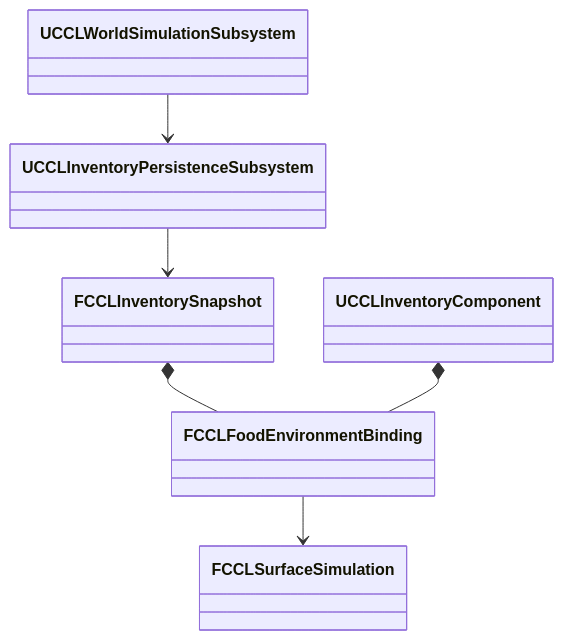
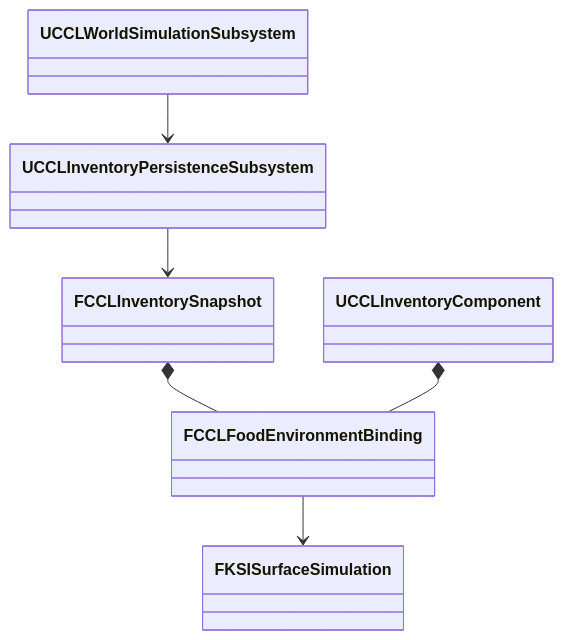
Before and after one commit to kang-sihwon/ccl8: diagram 11 of 13 in Docs/EnvironmentEcology.md, drawn with Mermaid. The commit also changed other lines of this file and 6 other files, not shown here.

````diff
--- a/Docs/EnvironmentEcology.md
+++ b/Docs/EnvironmentEcology.md
@@ -725,8 +723,8 @@
 ```mermaid
 classDiagram
     UCCLWorldSimulationSubsystem --> UCCLInventoryPersistenceSubsystem
     UCCLInventoryPersistenceSubsystem --> FCCLInventorySnapshot
     FCCLInventorySnapshot *-- FCCLFoodEnvironmentBinding
     UCCLInventoryComponent *-- FCCLFoodEnvironmentBinding
-    FCCLFoodEnvironmentBinding --> FCCLSurfaceSimulation
+    FCCLFoodEnvironmentBinding --> FKSISurfaceSimulation
 ```
````
